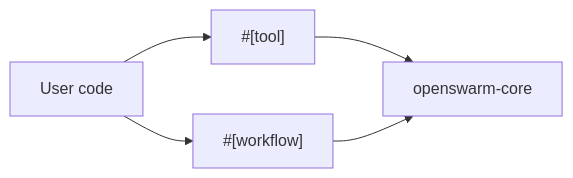
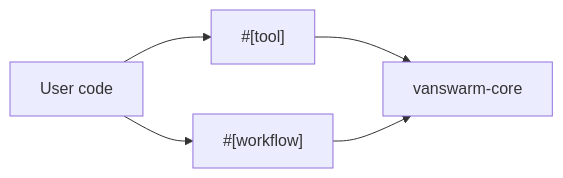
One commit to Van-Nice/van-swarm changed the first of 4 diagrams in documentation/architecture/06-macros.md. Above: the diagram before and after it, drawn with Mermaid. The commit also changed other lines of this file and 80 other files, not shown here.

````diff
--- a/documentation/architecture/06-macros.md
+++ b/documentation/architecture/06-macros.md
@@ -7,12 +7,12 @@
 ```mermaid
 flowchart LR
     User[User code]
     tool_attr["#[tool]"]
     workflow_attr["#[workflow]"]
-    core[openswarm-core]
+    core[vanswarm-core]
 
     User --> tool_attr
     User --> workflow_attr
     tool_attr --> core
     workflow_attr --> core
 ```
````
